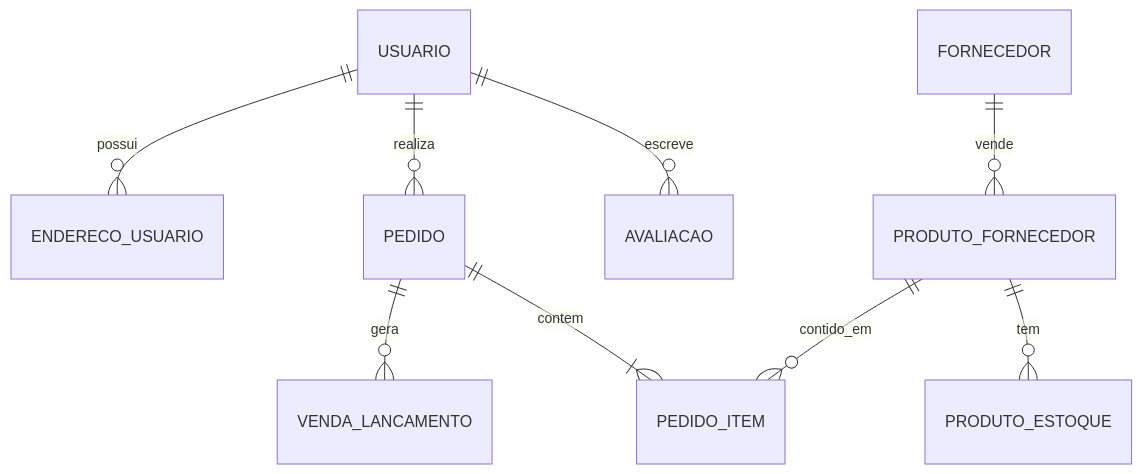
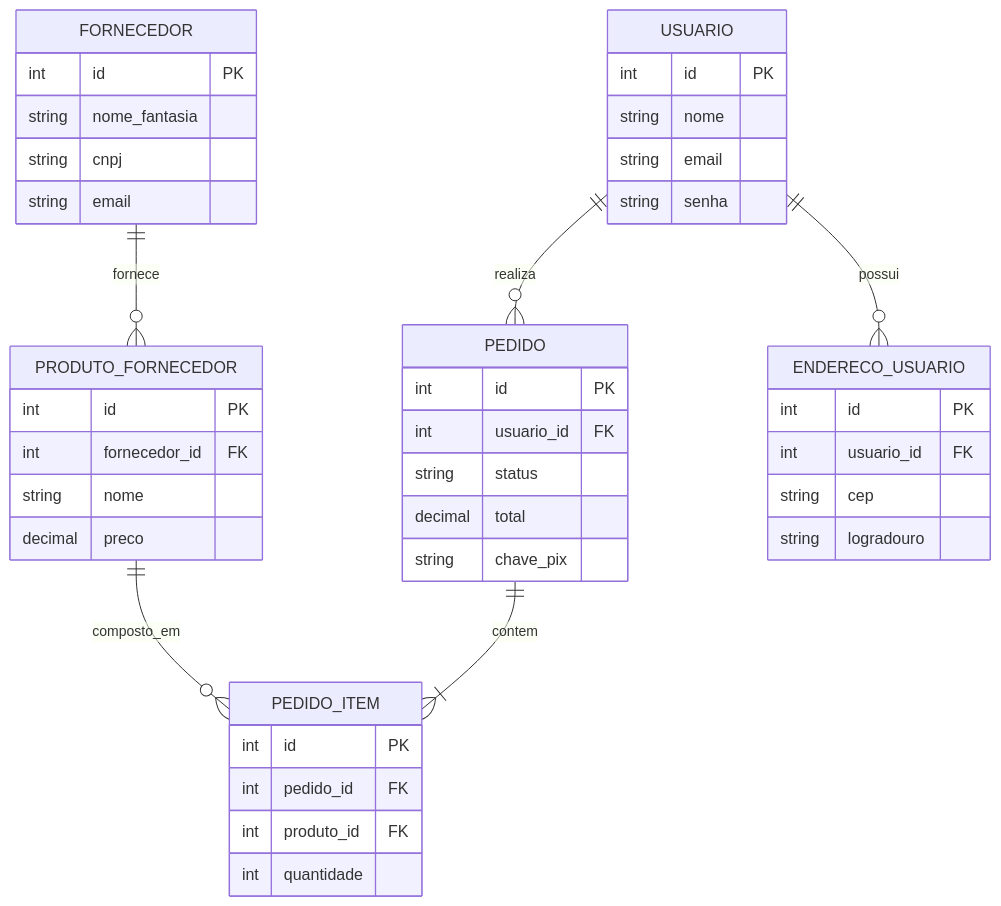
One commit to CaioSouzx00/Hydrax changed the second of 2 diagrams in README.md. Above: the diagram before and after it, drawn with Mermaid. The commit also changed other lines of this file, not shown here.

Commit message:
docs: improve mermaid diagrams

````diff
--- a/README.md
+++ b/README.md
@@ -76,11 +96,46 @@
 ```mermaid
 erDiagram
-    USUARIO ||--o{ ENDERECO_USUARIO : possui
-    USUARIO ||--o{ PEDIDO : realiza
-    USUARIO ||--o{ AVALIACAO : escreve
-    FORNECEDOR ||--o{ PRODUTO_FORNECEDOR : vende
-    PRODUTO_FORNECEDOR ||--o{ PRODUTO_ESTOQUE : tem
-    PRODUTO_FORNECEDOR ||--o{ PEDIDO_ITEM : contido_em
-    PEDIDO ||--|{ PEDIDO_ITEM : contem
-    PEDIDO ||--o{ VENDA_LANCAMENTO : gera
+    USUARIO {
+        int id PK
+        string nome
+        string email
+        string senha
+    }
+    FORNECEDOR {
+        int id PK
+        string nome_fantasia
+        string cnpj
+        string email
+    }
+    PRODUTO_FORNECEDOR {
+        int id PK
+        int fornecedor_id FK
+        string nome
+        decimal preco
+    }
+    PEDIDO {
+        int id PK
+        int usuario_id FK
+        string status
+        decimal total
+        string chave_pix
+    }
+    PEDIDO_ITEM {
+        int id PK
+        int pedido_id FK
+        int produto_id FK
+        int quantidade
+    }
+    ENDERECO_USUARIO {
+        int id PK
+        int usuario_id FK
+        string cep
+        string logradouro
+    }
+
+    USUARIO ||--o{ ENDERECO_USUARIO : "possui"
+    USUARIO ||--o{ PEDIDO : "realiza"
+    FORNECEDOR ||--o{ PRODUTO_FORNECEDOR : "fornece"
+    PRODUTO_FORNECEDOR ||--o{ PEDIDO_ITEM : "composto_em"
+    PEDIDO ||--|{ PEDIDO_ITEM : "contem"
 ```
````
